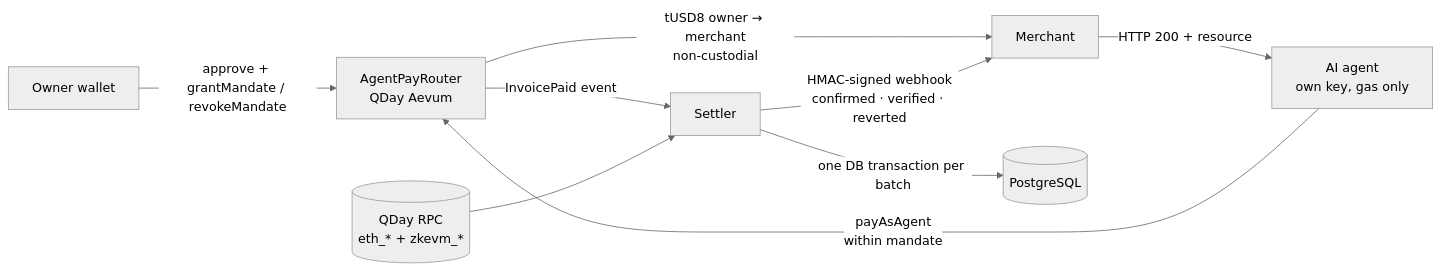
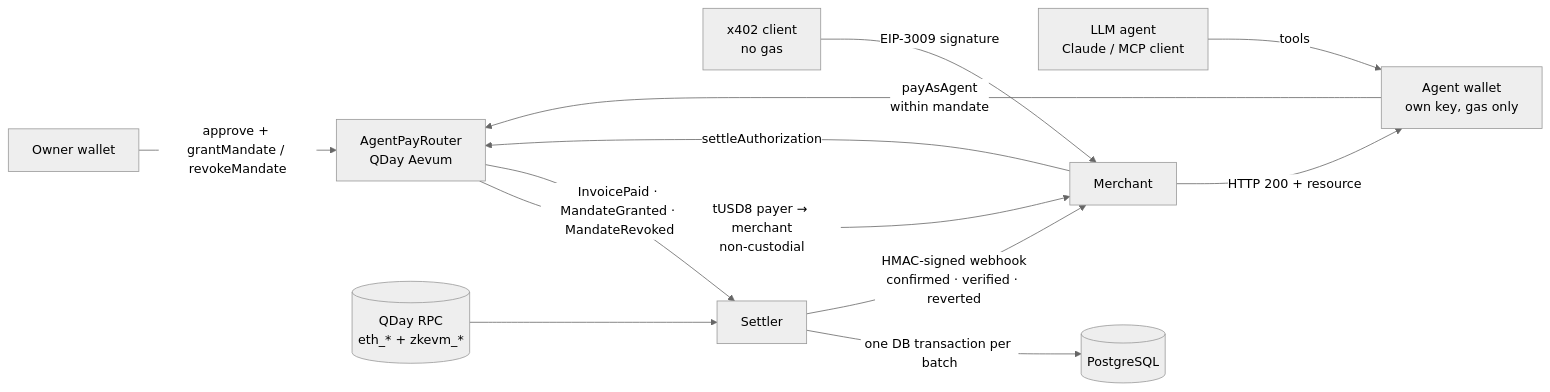
One commit to BrianLiu0531/aevum-settle changed the first of 2 diagrams in README.md. Above: the diagram before and after it, drawn with Mermaid (neutral theme). The commit also changed other lines of this file and 42 other files, not shown here.

First line of the commit message:
x402 v2, Claude agent and MCP server, mandate audit trail, merchant refunds

````diff
--- a/README.md
+++ b/README.md
@@ -58,11 +65,14 @@
 ```mermaid
 flowchart LR
     O[Owner wallet] -->|approve + grantMandate / revokeMandate| R[AgentPayRouter<br/>QDay Aevum]
-    A[AI agent<br/>own key, gas only] -->|payAsAgent<br/>within mandate| R
-    R -->|tUSD8 owner → merchant<br/>non-custodial| M[Merchant]
-    R -->|InvoicePaid event| S[Settler]
+    L[LLM agent<br/>Claude / MCP client] -->|tools| A[Agent wallet<br/>own key, gas only]
+    A -->|payAsAgent<br/>within mandate| R
+    P[x402 client<br/>no gas] -->|EIP-3009 signature| M
+    M -->|settleAuthorization| R
+    R -->|tUSD8 payer → merchant<br/>non-custodial| M[Merchant]
+    R -->|InvoicePaid · MandateGranted · MandateRevoked| S[Settler]
     Q[(QDay RPC<br/>eth_* + zkevm_*)] --> S
     S -->|one DB transaction per batch| PG[(PostgreSQL)]
     S -->|HMAC-signed webhook<br/>confirmed · verified · reverted| M
     M -->|HTTP 200 + resource| A
 ```
````
